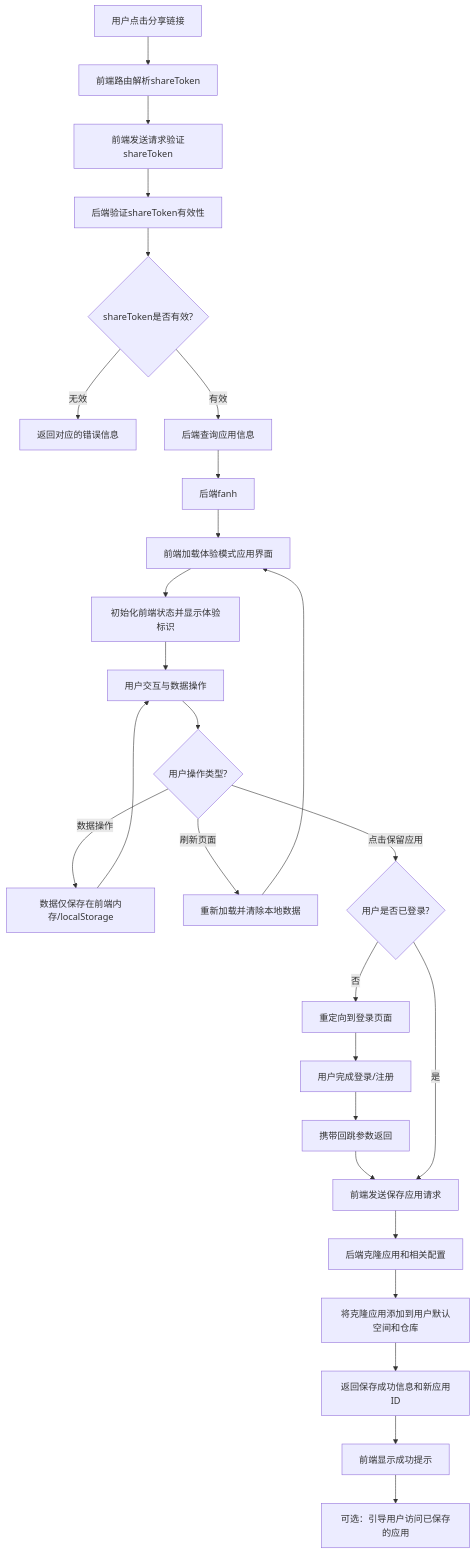
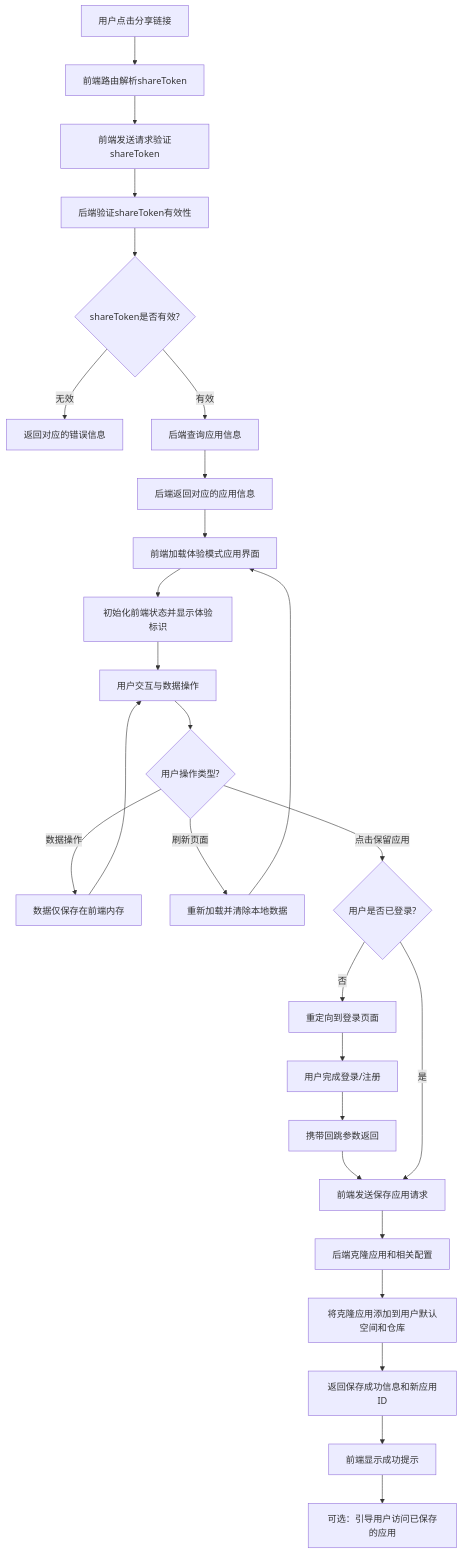
One commit to yingjianzh/iodraw-files changed the diagram in all/未命名-65.md. Above: the diagram before and after it, drawn with Mermaid.

Commit message:
2025-05-22 10:50:43 update

````diff
--- a/all/未命名-65.md
+++ b/all/未命名-65.md
@@ -1,29 +1,29 @@
 ```mermaid
 flowchart TD
     A[用户点击分享链接] --> B[前端路由解析shareToken]
     B --> C[前端发送请求验证shareToken]
     C --> D[后端验证shareToken有效性]
     D --> E{shareToken是否有效?}
     E -->|无效| F[返回对应的错误信息]
     E -->|有效| G[后端查询应用信息]
-    G --> H[后端fanh ]
+    G --> H[后端返回对应的应用信息]
     H --> I[前端加载体验模式应用界面]
     I --> J[初始化前端状态并显示体验标识]
     J --> K[用户交互与数据操作]
     K --> L{用户操作类型?}
-    L -->|数据操作| M[数据仅保存在前端内存/localStorage]
+    L -->|数据操作| M[数据仅保存在前端内存]
     M --> K
     L -->|刷新页面| N[重新加载并清除本地数据]
     N --> I
     L -->|点击保留应用| O{用户是否已登录?}
     O -->|否| P[重定向到登录页面]
     P --> Q[用户完成登录/注册]
     Q --> R[携带回跳参数返回]
     R --> S[前端发送保存应用请求]
     O -->|是| S
     S --> T[后端克隆应用和相关配置]
     T --> U[将克隆应用添加到用户默认空间和仓库]
     U --> V[返回保存成功信息和新应用ID]
     V --> W[前端显示成功提示]
     W --> X[可选：引导用户访问已保存的应用]
 ```
````
